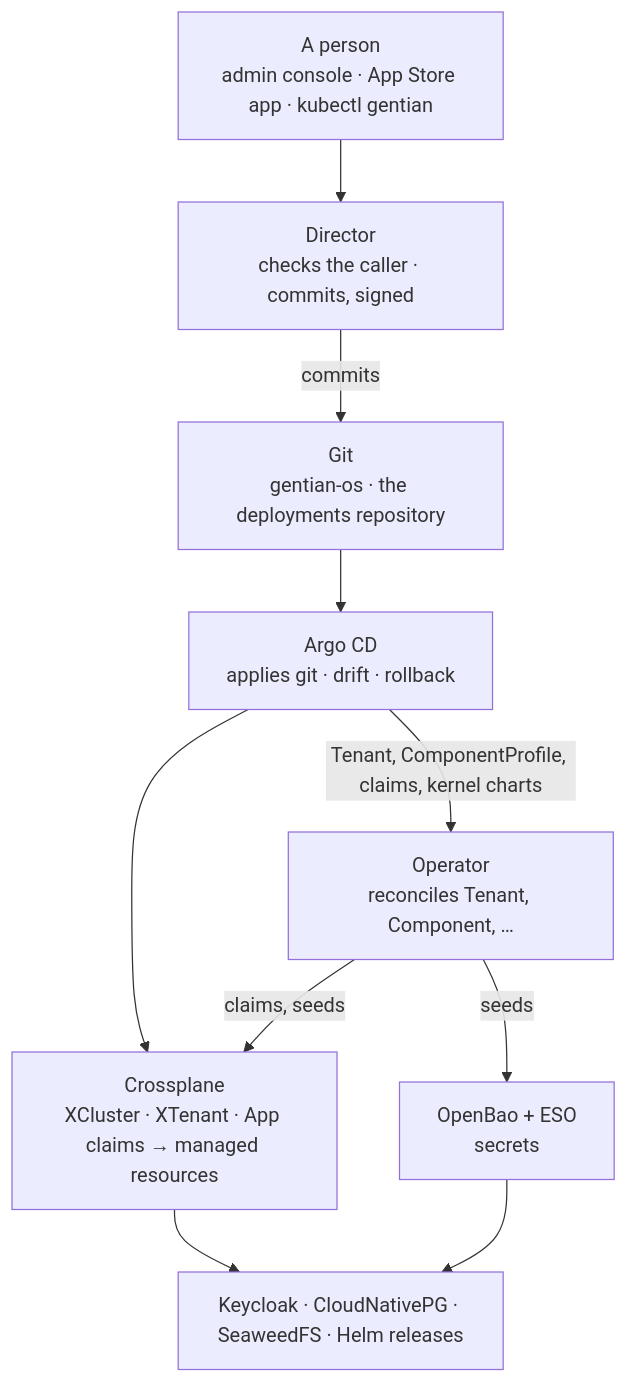
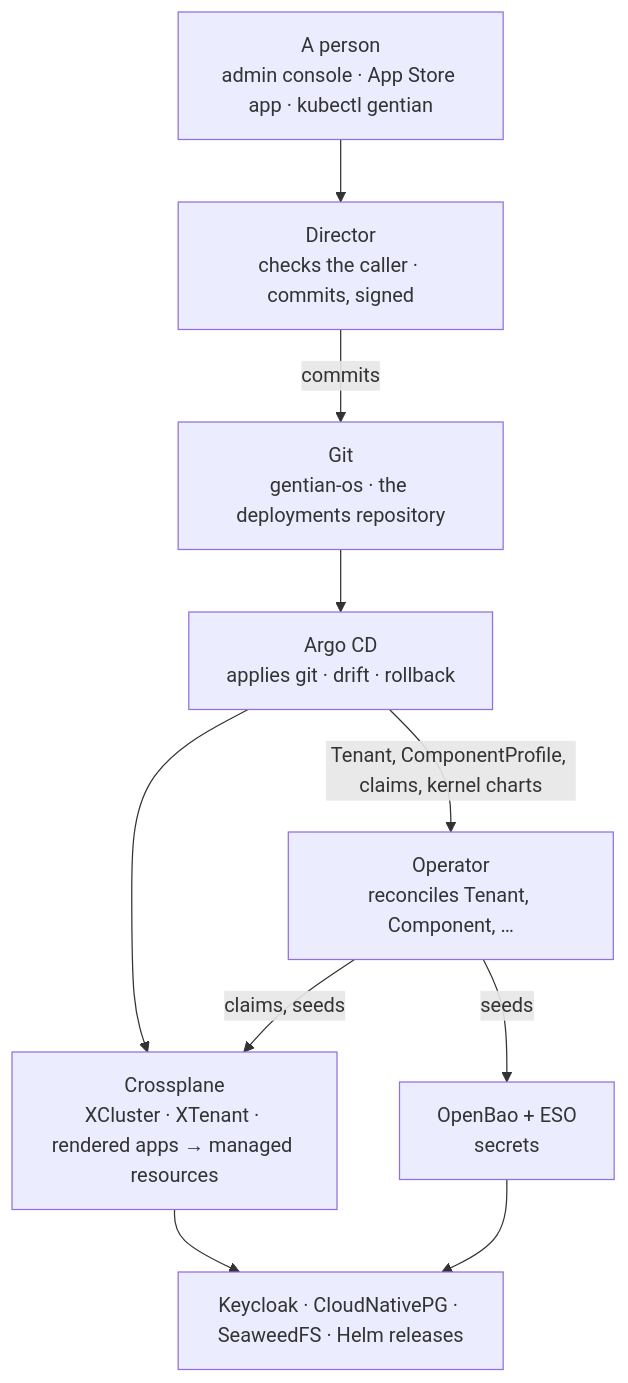
The first of 2 diagrams in docs/architecture.md (gentian-org/gentian-os), drawn with Mermaid before and after one commit. The commit also changed other lines of this file and 366 other files, not shown here.

First line of the commit message:
feat(render): the operator renders every chart; the app Composition is gone

````diff
--- a/docs/architecture.md
+++ b/docs/architecture.md
@@ -59,21 +59,21 @@
 ```mermaid
 graph TD
     P[A person<br/>admin console · App Store app · kubectl gentian]
     DIR[Director<br/>checks the caller · commits, signed]
     GIT[Git<br/>gentian-os · the deployments repository]
     AC[Argo CD<br/>applies git · drift · rollback]
     OP[Operator<br/>reconciles Tenant, Component, …]
-    XP[Crossplane<br/>XCluster · XTenant · App claims → managed resources]
+    XP[Crossplane<br/>XCluster · XTenant · rendered apps → managed resources]
     OB[OpenBao + ESO<br/>secrets]
     UP[Keycloak · CloudNativePG · SeaweedFS · Helm releases]
 
     P --> DIR
     DIR -- commits --> GIT
     GIT --> AC
     AC -- Tenant, ComponentProfile, claims, kernel charts --> OP
     AC --> XP
     OP -- claims, seeds --> XP
     OP -- seeds --> OB
     XP --> UP
     OB --> UP
 ```
````
